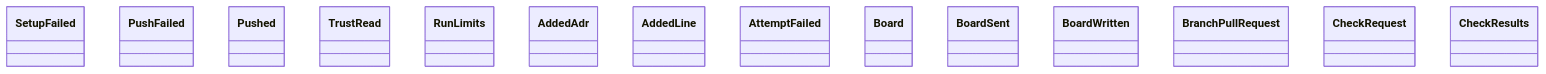
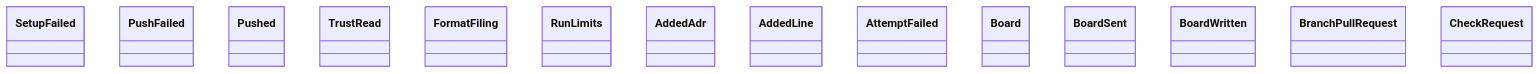
Before and after one commit to GonzaloZevallos/agentic-system: the diagram in docs/architecture/generated/classes-process-application-support-1.md, drawn with Mermaid. The commit also changed other lines of this file and 12 other files, not shown here.

Commit message:
Place the format_issue module in the support cluster and regenerate the class diagrams

````diff
--- a/docs/architecture/generated/classes-process-application-support-1.md
+++ b/docs/architecture/generated/classes-process-application-support-1.md
@@ -20,17 +20,17 @@
 ```mermaid
 classDiagram
     class checkouts__SetupFailed["SetupFailed"]
     class ci_push__PushFailed["PushFailed"]
     class ci_push__Pushed["Pushed"]
     class ci_trust__TrustRead["TrustRead"]
+    class format_issue__FormatFiling["FormatFiling"]
     class limits__RunLimits["RunLimits"]
     class ports__AddedAdr["AddedAdr"]
     class ports__AddedLine["AddedLine"]
     class ports__AttemptFailed["AttemptFailed"]
     class ports__Board["Board"]
     class ports__BoardSent["BoardSent"]
     class ports__BoardWritten["BoardWritten"]
     class ports__BranchPullRequest["BranchPullRequest"]
     class ports__CheckRequest["CheckRequest"]
-    class ports__CheckResults["CheckResults"]
 ```
````
